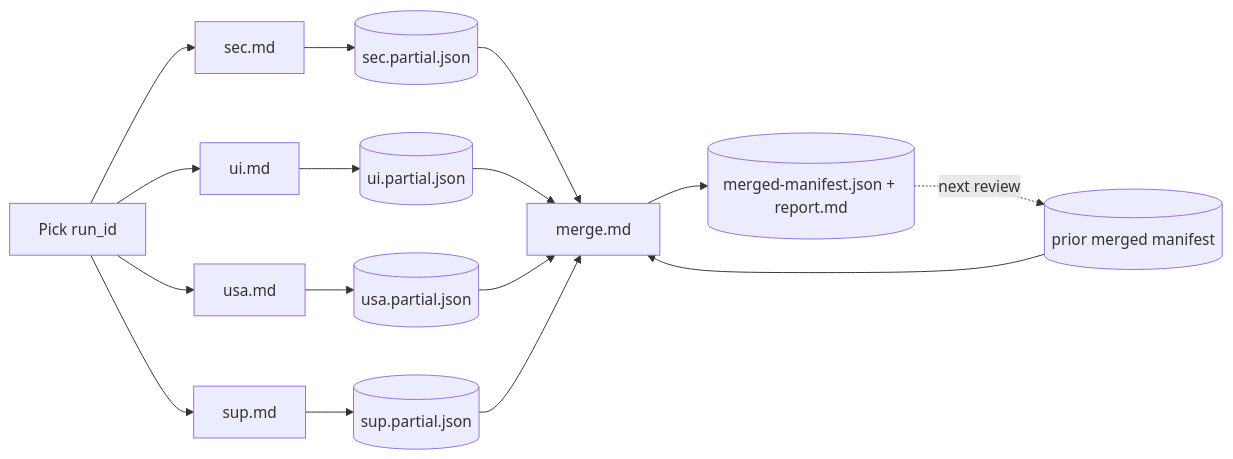
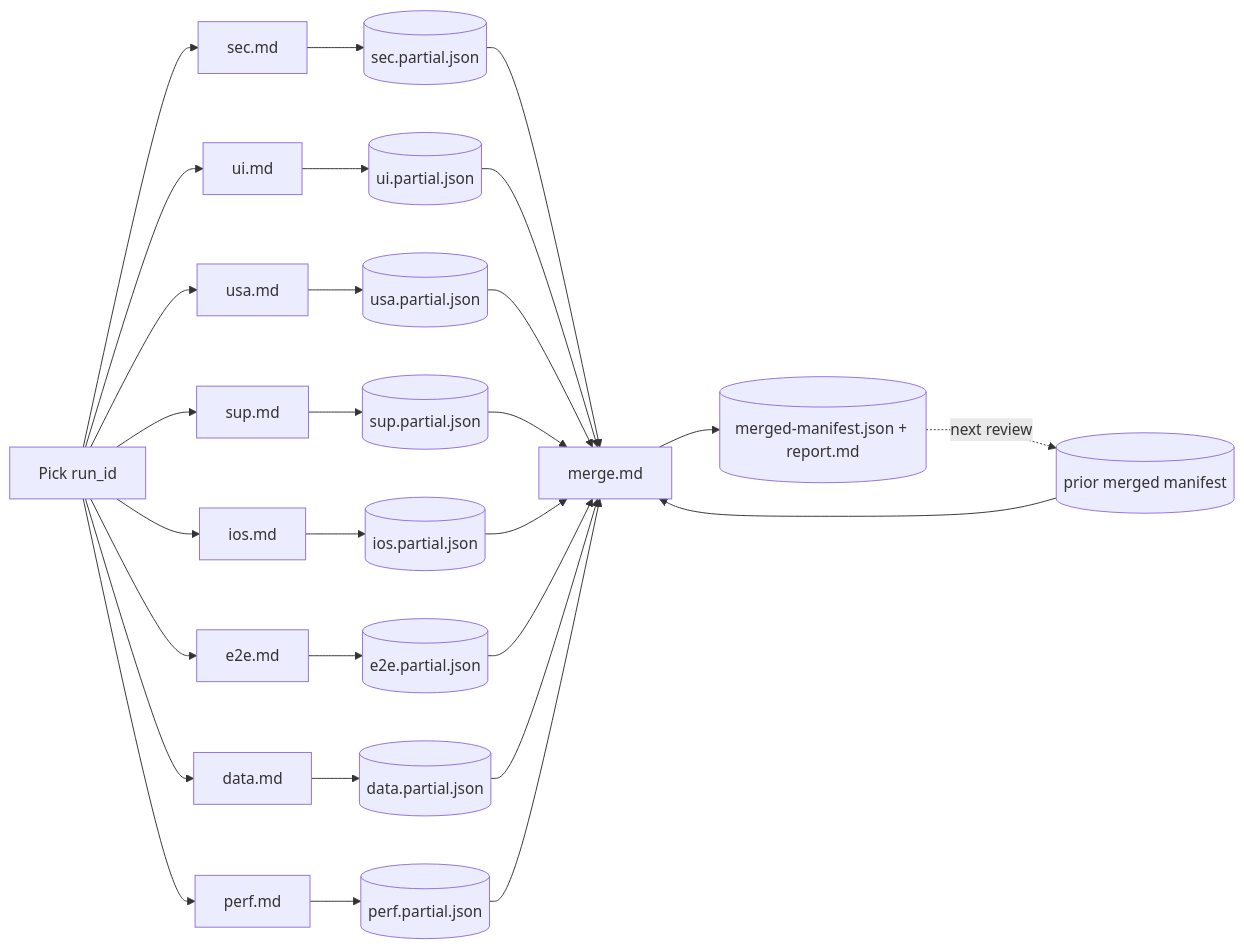
One commit to carterryan22/firstpitch changed the diagram in platform/deep-review/README.md. Above: the diagram before and after it, drawn with Mermaid. The commit also changed other lines of this file and 136 other files, not shown here.

````diff
--- a/platform/deep-review/README.md
+++ b/platform/deep-review/README.md
@@ -63,15 +85,23 @@
 ```mermaid
 flowchart LR
   cfg[Pick run_id] --> sec[sec.md]
   cfg --> ui[ui.md]
   cfg --> usa[usa.md]
   cfg --> sup[sup.md]
+  cfg --> ios[ios.md]
+  cfg --> e2e[e2e.md]
+  cfg --> data[data.md]
+  cfg --> perf[perf.md]
   sec --> p1[(sec.partial.json)]
   ui --> p2[(ui.partial.json)]
   usa --> p3[(usa.partial.json)]
   sup --> p4[(sup.partial.json)]
-  p1 & p2 & p3 & p4 --> m[merge.md]
+  ios --> p5[(ios.partial.json)]
+  e2e --> p6[(e2e.partial.json)]
+  data --> p7[(data.partial.json)]
+  perf --> p8[(perf.partial.json)]
+  p1 & p2 & p3 & p4 & p5 & p6 & p7 & p8 --> m[merge.md]
   prev[(prior merged manifest)] --> m
   m --> out[(merged-manifest.json + report.md)]
   out -. next review .-> prev
 ```
````
